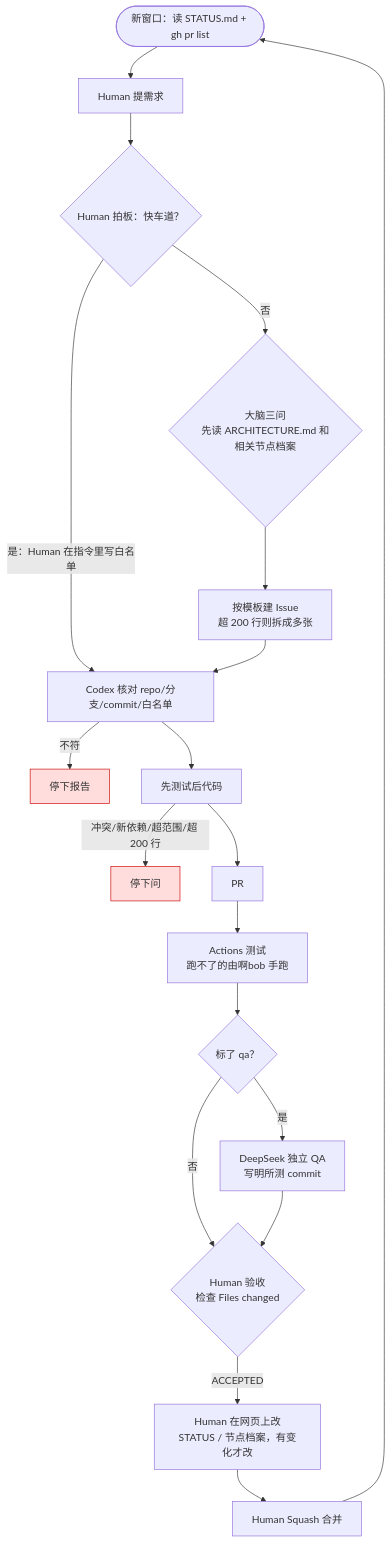
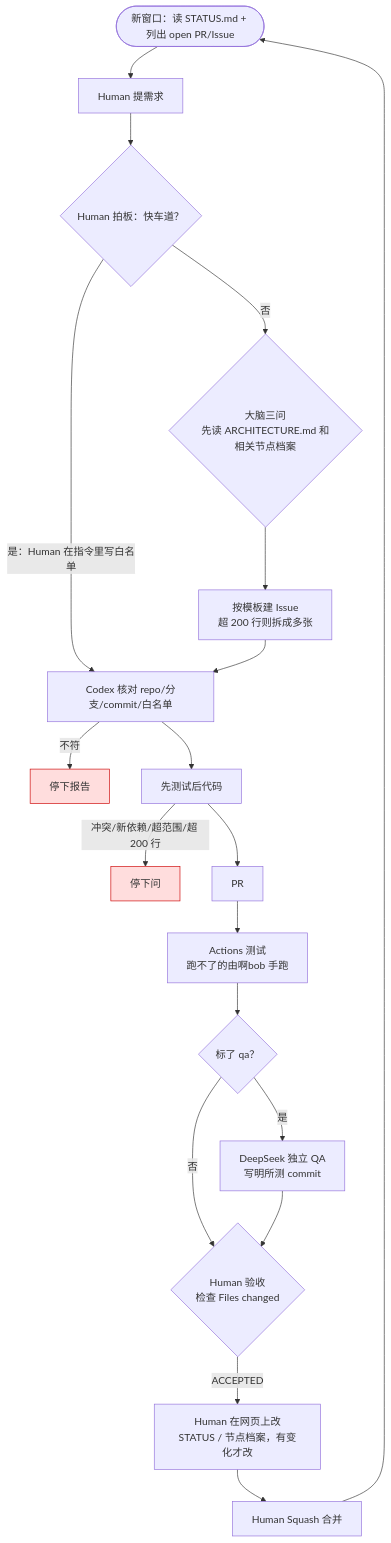
Before and after one commit to zwmhua/Solo-Flow: the diagram in WORKFLOW.md, drawn with Mermaid. The commit also changed other lines of this file and 4 other files, not shown here.

````diff
--- a/WORKFLOW.md
+++ b/WORKFLOW.md
@@ -35,24 +35,24 @@
 ```mermaid
 flowchart TD
-    S([新窗口：读 STATUS.md + gh pr list]) --> A[Human 提需求]
+    S([新窗口：读 STATUS.md + 列出 open PR/Issue]) --> A[Human 提需求]
     A --> FAST{Human 拍板：快车道？}
     FAST -->|是：Human 在指令里写白名单| G
     FAST -->|否| B{大脑三问<br>先读 ARCHITECTURE.md 和相关节点档案}
     B --> E[按模板建 Issue<br>超 200 行则拆成多张]
     E --> G[Codex 核对 repo/分支/commit/白名单]
     G -->|不符| X1[停下报告]
     G --> H[先测试后代码]
     H -->|冲突/新依赖/超范围/超 200 行| X2[停下问]
     H --> P[PR]
     P --> T[Actions 测试<br>跑不了的由啊bob 手跑]
     T --> Q{标了 qa？}
     Q -->|否| V
     Q -->|是| L[DeepSeek 独立 QA<br>写明所测 commit]
     L --> V{Human 验收<br>检查 Files changed}
     V -->|ACCEPTED| W[Human 在网页上改<br>STATUS / 节点档案，有变化才改]
     W --> M[Human Squash 合并]
     M --> S
 
     classDef stop fill:#fdd,stroke:#c00
     class X1,X2 stop
 ```
````
